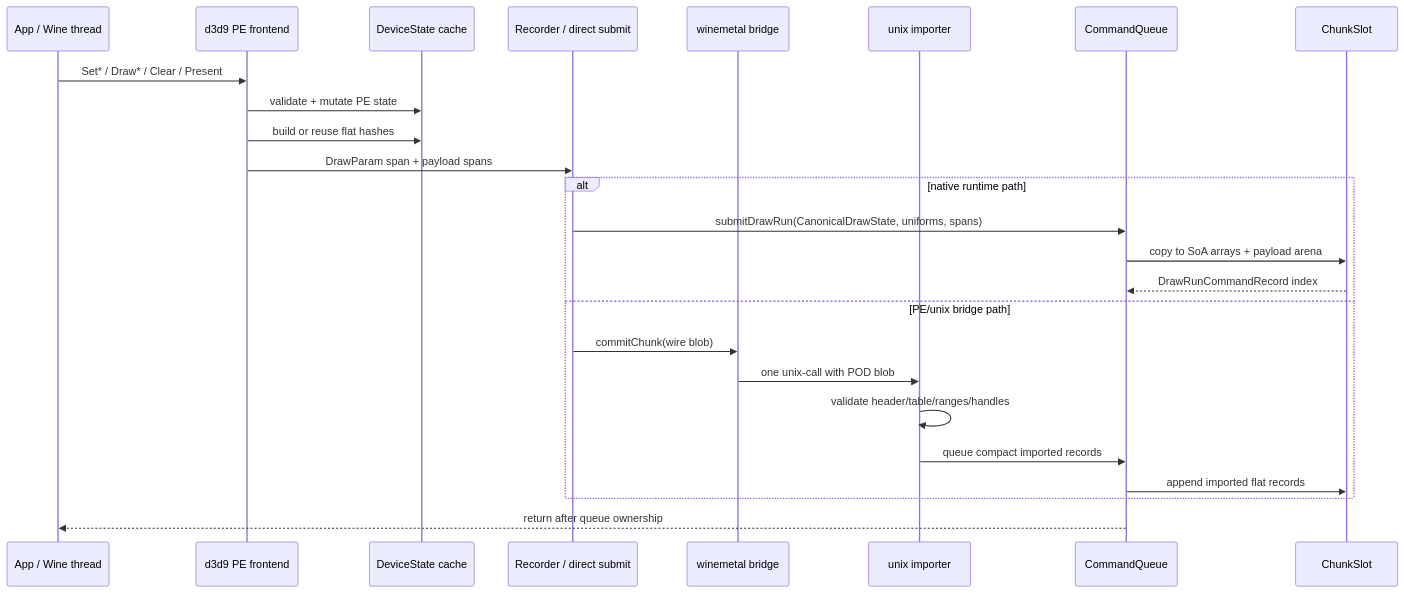
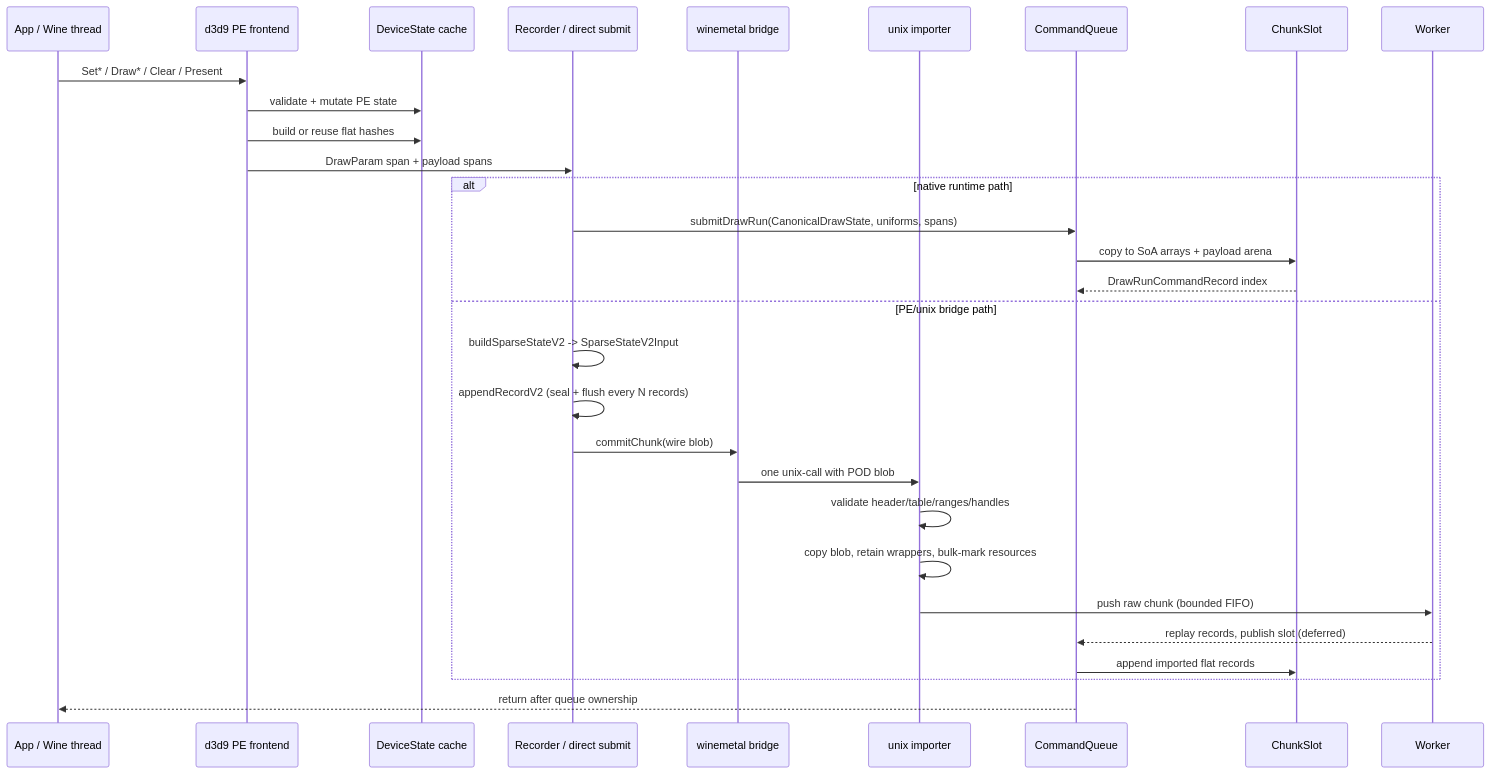
Before and after one commit to dfdgsdfg/dxmt9: the fourth of 13 diagrams in specs/archicture/spec.md, drawn with Mermaid. The commit also changed other lines of this file and 4 other files, not shown here.

````diff
--- a/specs/archicture/spec.md
+++ b/specs/archicture/spec.md
@@ -202,28 +202,32 @@
 ```mermaid
 sequenceDiagram
     participant App as App / Wine thread
     participant D9 as d3d9 PE frontend
     participant State as DeviceState cache
     participant Rec as Recorder / direct submit
     participant Bridge as winemetal bridge
     participant Import as unix importer
     participant CQ as CommandQueue
     participant Slot as ChunkSlot
 
     App->>D9: Set* / Draw* / Clear / Present
     D9->>State: validate + mutate PE state
     D9->>State: build or reuse flat hashes
     D9->>Rec: DrawParam span + payload spans
     alt native runtime path
         Rec->>CQ: submitDrawRun(CanonicalDrawState, uniforms, spans)
         CQ->>Slot: copy to SoA arrays + payload arena
         Slot-->>CQ: DrawRunCommandRecord index
     else PE/unix bridge path
+        Rec->>Rec: buildSparseStateV2 -> SparseStateV2Input
+        Rec->>Rec: appendRecordV2 (seal + flush every N records)
         Rec->>Bridge: commitChunk(wire blob)
         Bridge->>Import: one unix-call with POD blob
         Import->>Import: validate header/table/ranges/handles
-        Import->>CQ: queue compact imported records
+        Import->>Import: copy blob, retain wrappers, bulk-mark resources
+        Import->>Worker: push raw chunk (bounded FIFO)
+        Worker-->>CQ: replay records, publish slot (deferred)
         CQ->>Slot: append imported flat records
     end
     CQ-->>App: return after queue ownership
 ```
````
